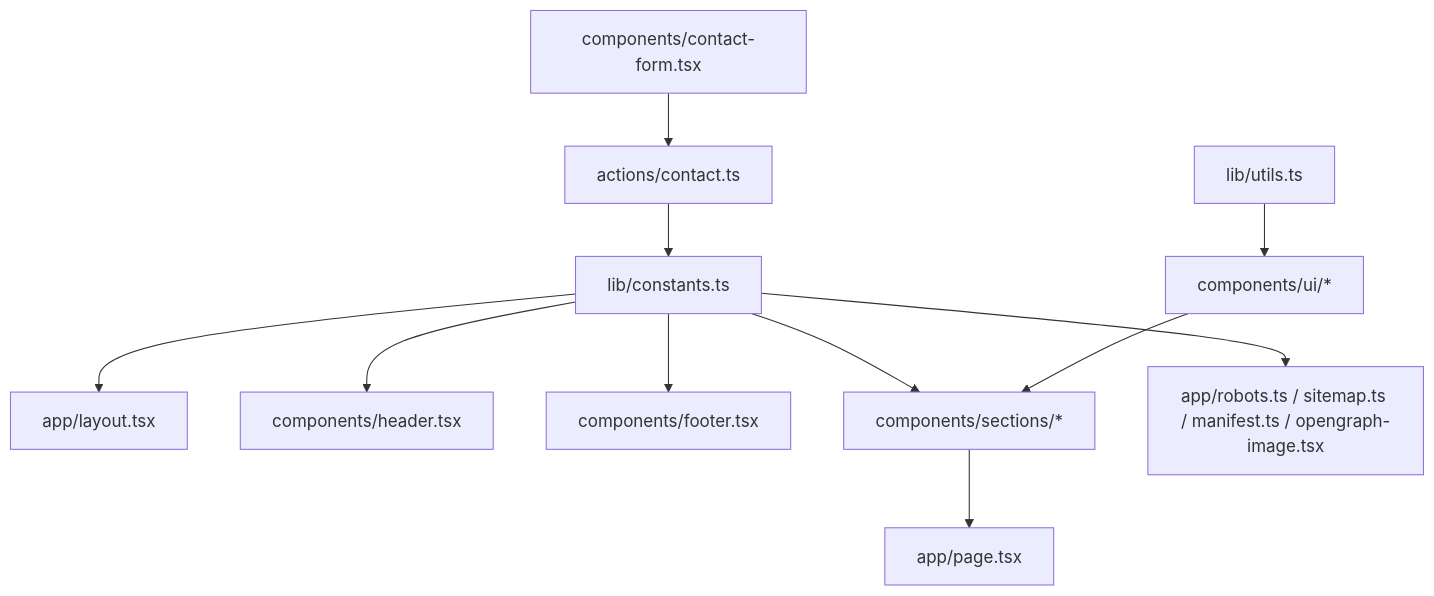
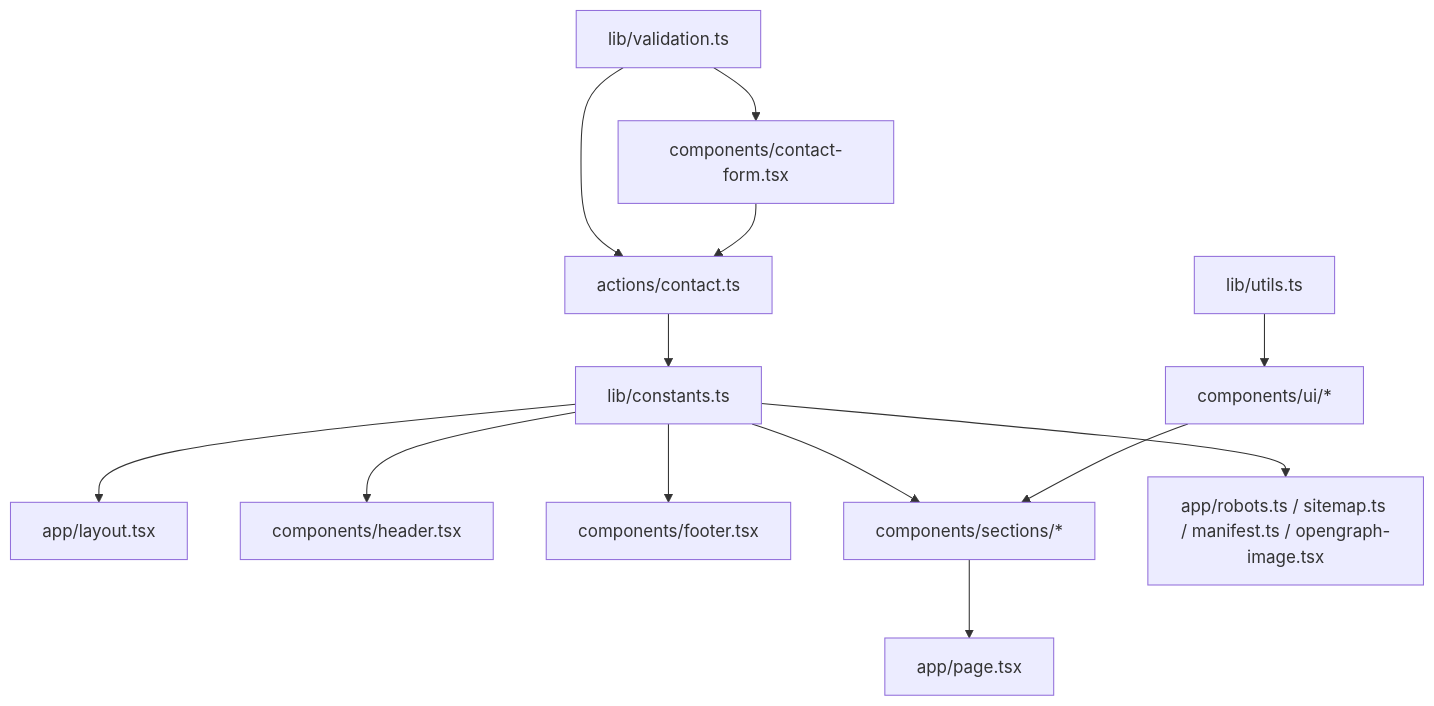
One commit to adityapandey2002/CW changed the diagram in docs/06-modules-and-features.md. Above: the diagram before and after it, drawn with Mermaid. The commit also changed other lines of this file and 7 other files, not shown here.

````diff
--- a/docs/06-modules-and-features.md
+++ b/docs/06-modules-and-features.md
@@ -7,13 +7,15 @@
 ```mermaid
 flowchart TB
   Constants[lib/constants.ts] --> Layout[app/layout.tsx]
   Constants --> Header[components/header.tsx]
   Constants --> Footer[components/footer.tsx]
   Constants --> Sections[components/sections/*]
   Constants --> Meta[app/robots.ts / sitemap.ts / manifest.ts / opengraph-image.tsx]
+  Validation[lib/validation.ts] --> Action[actions/contact.ts]
+  Validation --> ContactForm[components/contact-form.tsx]
   Utils[lib/utils.ts] --> UI[components/ui/*]
   UI --> Sections
   Sections --> Home[app/page.tsx]
-  ContactForm[components/contact-form.tsx] --> Action[actions/contact.ts]
+  ContactForm --> Action
   Action --> Constants
 ```
````
